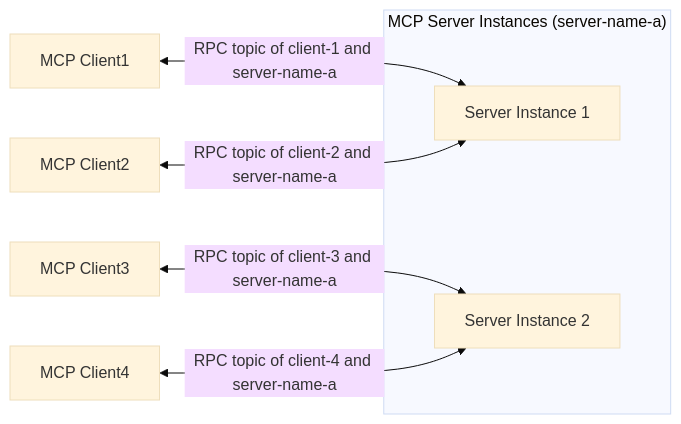
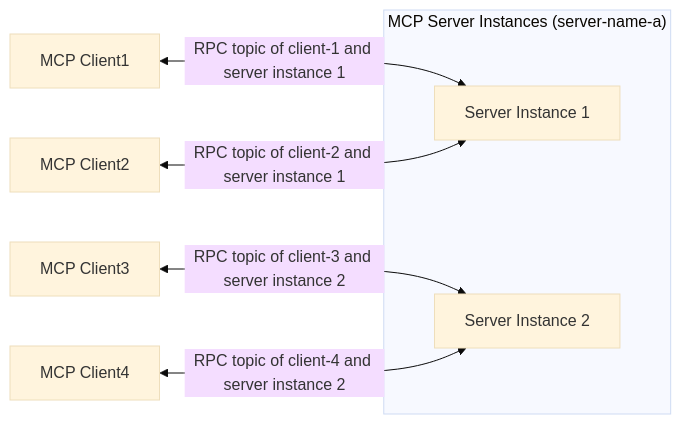
Before and after one commit to xiaokunzhang/mcp-over-mqtt-site: the second of 2 diagrams in mcp/specification/2025-03-26/basic/architecture.md, drawn with Mermaid (base theme). The commit also changed other lines of this file and 3 other files, not shown here.

````diff
--- a/mcp/specification/2025-03-26/basic/architecture.md
+++ b/mcp/specification/2025-03-26/basic/architecture.md
@@ -69,19 +70,19 @@
 ```mermaid
 graph LR
 
     C1["MCP Client1"]
     C2["MCP Client2"]
     C3["MCP Client3"]
     C4["MCP Client4"]
 
     subgraph "MCP Server Instances (server-name-a)"
         S1[Server Instance 1]
         S2[Server Instance 2]
     end
 
-    C1 <-- "RPC topic of client-1 and server-name-a" --> S1
-    C2 <-- "RPC topic of client-2 and server-name-a" --> S1
-    C3 <-- "RPC topic of client-3 and server-name-a" --> S2
-    C4 <-- "RPC topic of client-4 and server-name-a" --> S2
+    C1 <-- "RPC topic of client-1 and server instance 1" --> S1
+    C2 <-- "RPC topic of client-2 and server instance 1" --> S1
+    C3 <-- "RPC topic of client-3 and server instance 2" --> S2
+    C4 <-- "RPC topic of client-4 and server instance 2" --> S2
 
 ```
````
